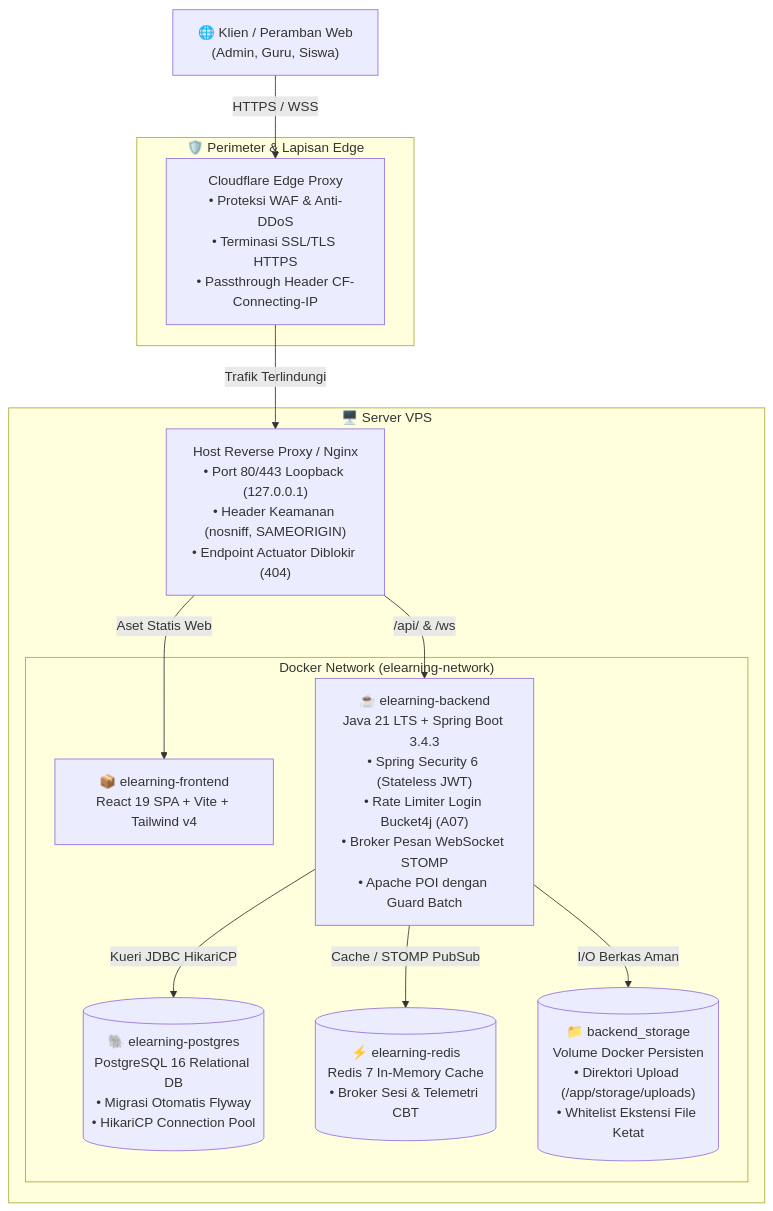
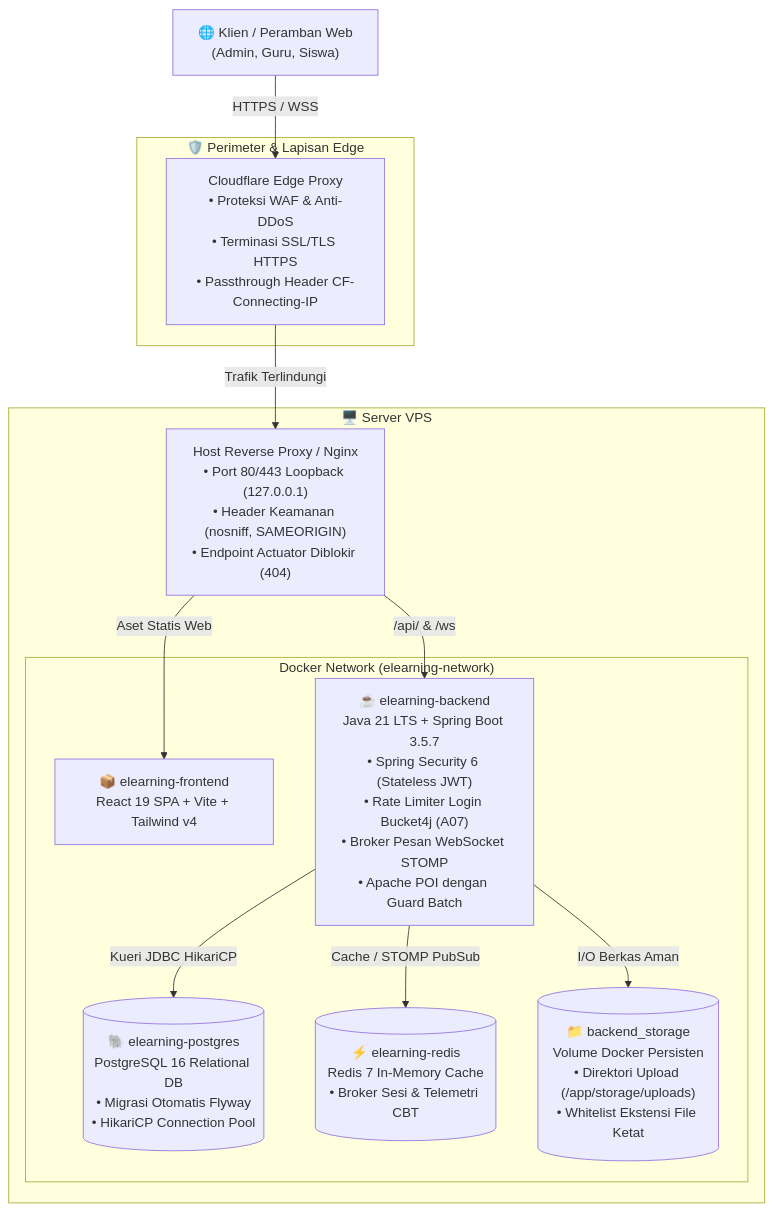
Before and after one commit to mfarim/spring-elearning-react: the diagram in README.id.md, drawn with Mermaid. The commit also changed other lines of this file and 12 other files, not shown here.

Commit message:
chore(deps,ops): upgrade Spring Boot 3.5.7 & Node 22, harden Docker/Nginx, and add deploy script

````diff
--- a/README.id.md
+++ b/README.id.md
@@ -133,32 +133,32 @@
 ```mermaid
 graph TD
     Client["🌐 Klien / Peramban Web<br/>(Admin, Guru, Siswa)"]
     
     subgraph Edge ["🛡️ Perimeter & Lapisan Edge"]
         CF["Cloudflare Edge Proxy<br/>• Proteksi WAF & Anti-DDoS<br/>• Terminasi SSL/TLS HTTPS<br/>• Passthrough Header CF-Connecting-IP"]
     end
 
     subgraph Host ["🖥️ Server VPS"]
         Nginx["Host Reverse Proxy / Nginx<br/>• Port 80/443 Loopback (127.0.0.1)<br/>• Header Keamanan (nosniff, SAMEORIGIN)<br/>• Endpoint Actuator Diblokir (404)"]
         
         subgraph DockerNet ["Docker Network (elearning-network)"]
             Frontend["📦 elearning-frontend<br/>React 19 SPA + Vite + Tailwind v4"]
             
-            Backend["☕ elearning-backend<br/>Java 21 LTS + Spring Boot 3.4.3<br/>• Spring Security 6 (Stateless JWT)<br/>• Rate Limiter Login Bucket4j (A07)<br/>• Broker Pesan WebSocket STOMP<br/>• Apache POI dengan Guard Batch"]
+            Backend["☕ elearning-backend<br/>Java 21 LTS + Spring Boot 3.5.7<br/>• Spring Security 6 (Stateless JWT)<br/>• Rate Limiter Login Bucket4j (A07)<br/>• Broker Pesan WebSocket STOMP<br/>• Apache POI dengan Guard Batch"]
             
             Postgres[("🐘 elearning-postgres<br/>PostgreSQL 16 Relational DB<br/>• Migrasi Otomatis Flyway<br/>• HikariCP Connection Pool")]
             
             Redis[("⚡ elearning-redis<br/>Redis 7 In-Memory Cache<br/>• Broker Sesi & Telemetri CBT")]
             
             Storage[("📁 backend_storage<br/>Volume Docker Persisten<br/>• Direktori Upload (/app/storage/uploads)<br/>• Whitelist Ekstensi File Ketat")]
         end
     end
 
     Client -->|HTTPS / WSS| CF
     CF -->|Trafik Terlindungi| Nginx
     Nginx -->|Aset Statis Web| Frontend
     Nginx -->|/api/ & /ws| Backend
     Backend -->|Kueri JDBC HikariCP| Postgres
     Backend -->|Cache / STOMP PubSub| Redis
     Backend -->|I/O Berkas Aman| Storage
 ```
````
